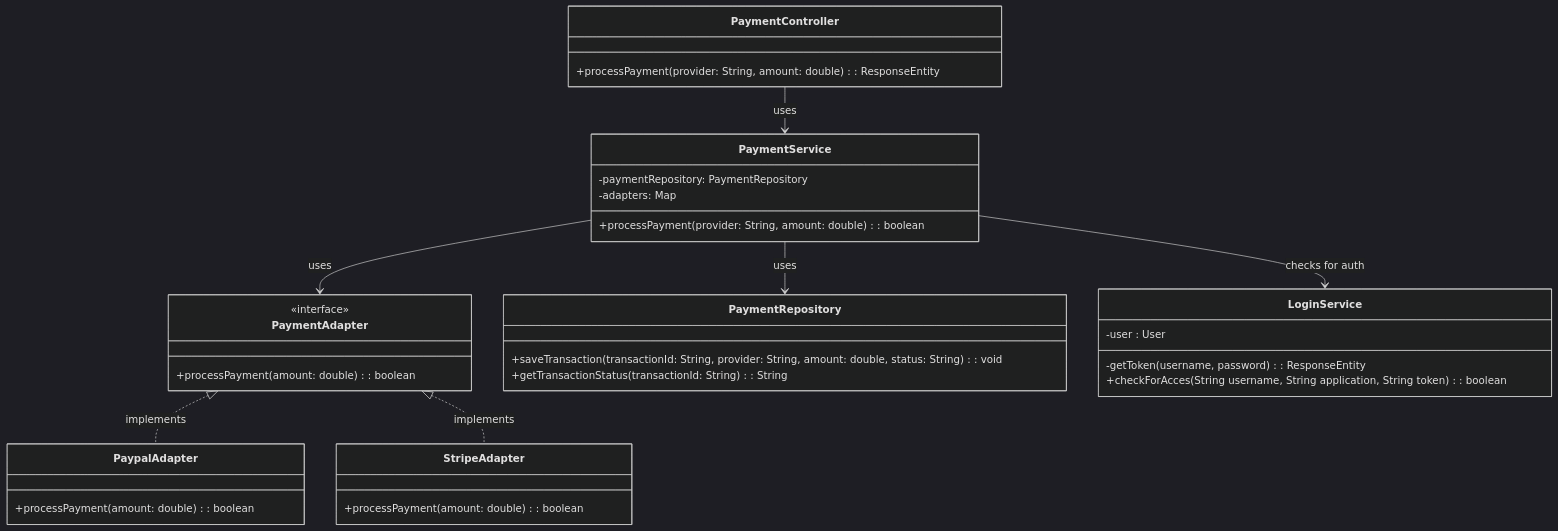
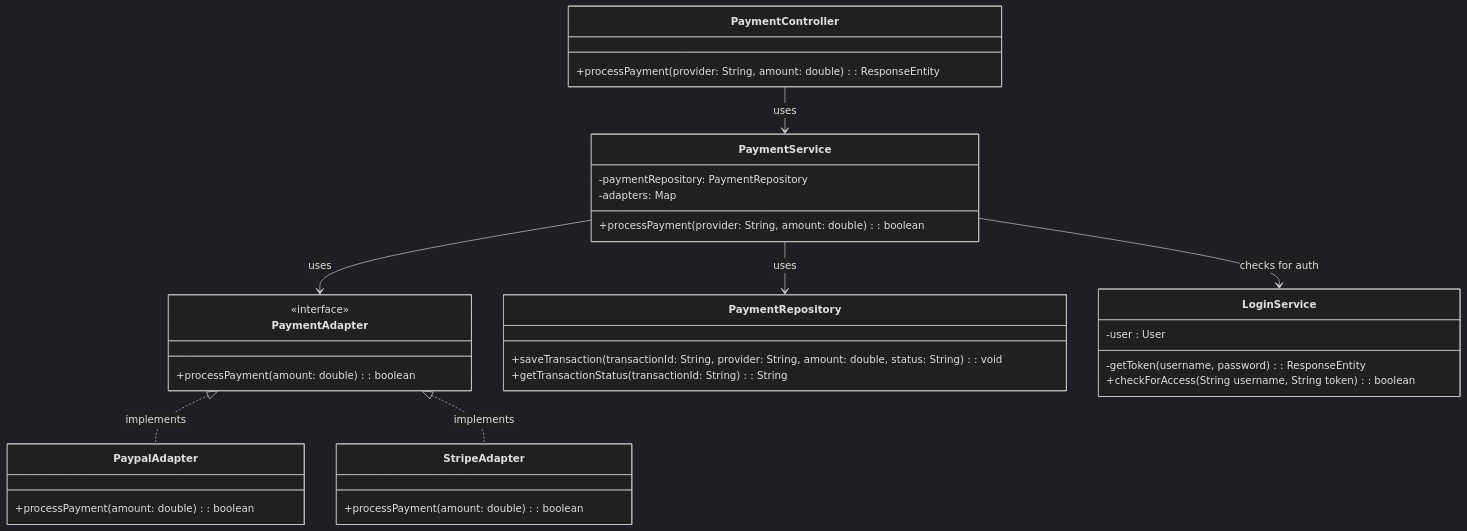
The fourth of 5 diagrams in software-guidebook/README.md (AIM-ENE-feb25/triptop-inshallahboys), drawn with Mermaid (dark theme) before and after one commit. The commit also changed other lines of this file, not shown here.

````diff
--- a/software-guidebook/README.md
+++ b/software-guidebook/README.md
@@ -242,44 +242,44 @@
 ```mermaid
 classDiagram
     class PaymentController {
         +processPayment(provider: String, amount: double): ResponseEntity<String>
     }
 
     class PaymentService {
         +processPayment(provider: String, amount: double): boolean
         -paymentRepository: PaymentRepository
         -adapters: Map<String, PaymentAdapter>
     }
 
     class PaymentAdapter {
         <<interface>>
         +processPayment(amount: double): boolean
     }
 
     class StripeAdapter {
         +processPayment(amount: double): boolean
     }
 
     class PaypalAdapter {
         +processPayment(amount: double): boolean
     }
 
     class PaymentRepository {
         +saveTransaction(transactionId: String, provider: String, amount: double, status: String): void
         +getTransactionStatus(transactionId: String): String
     }
 
     class LoginService{
         -user : User
         -getToken(username, password) : ResponseEntity<String>
-        +checkForAcces(String username, String application, String token) : boolean
+        +checkForAccess(String username, String token) : boolean
     }
 
     %% Relaties tussen de klassen
     PaymentController --> PaymentService : uses
     PaymentService --> PaymentAdapter : uses
     PaymentService --> PaymentRepository : uses
     PaymentAdapter <|.. PaypalAdapter : implements
     PaymentAdapter <|.. StripeAdapter : implements
     PaymentService --> LoginService : checks for auth
 ```
````
